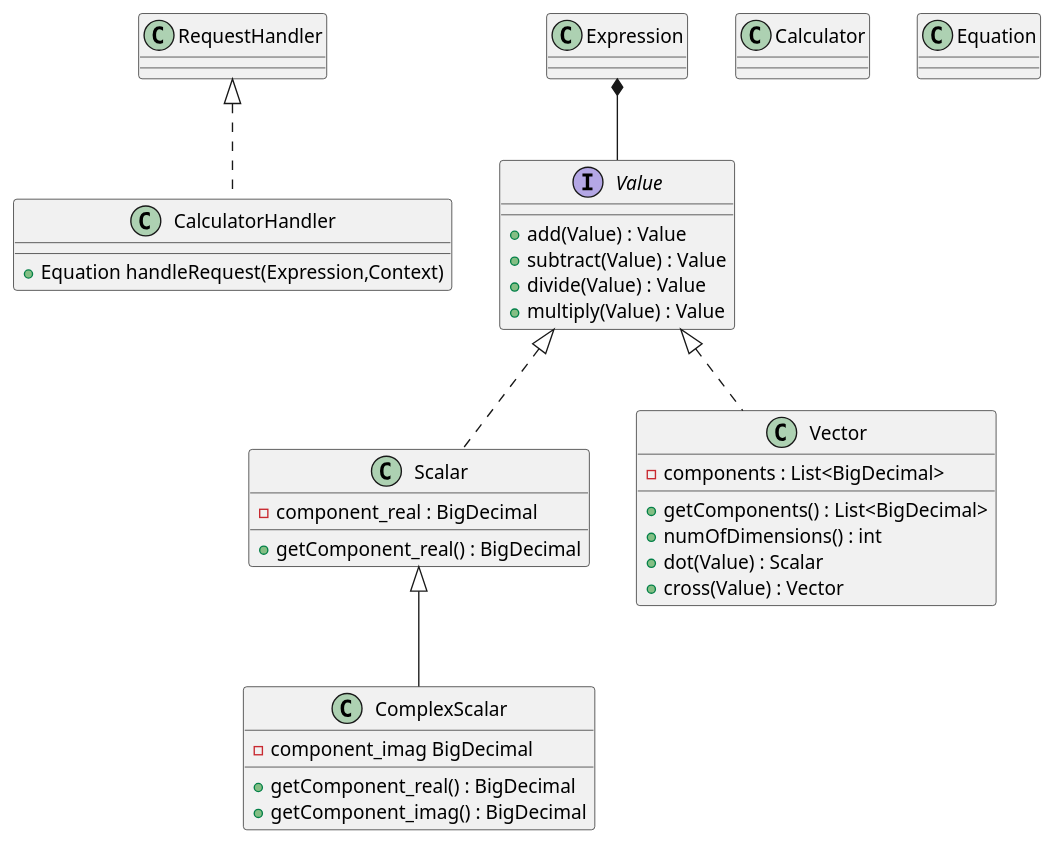
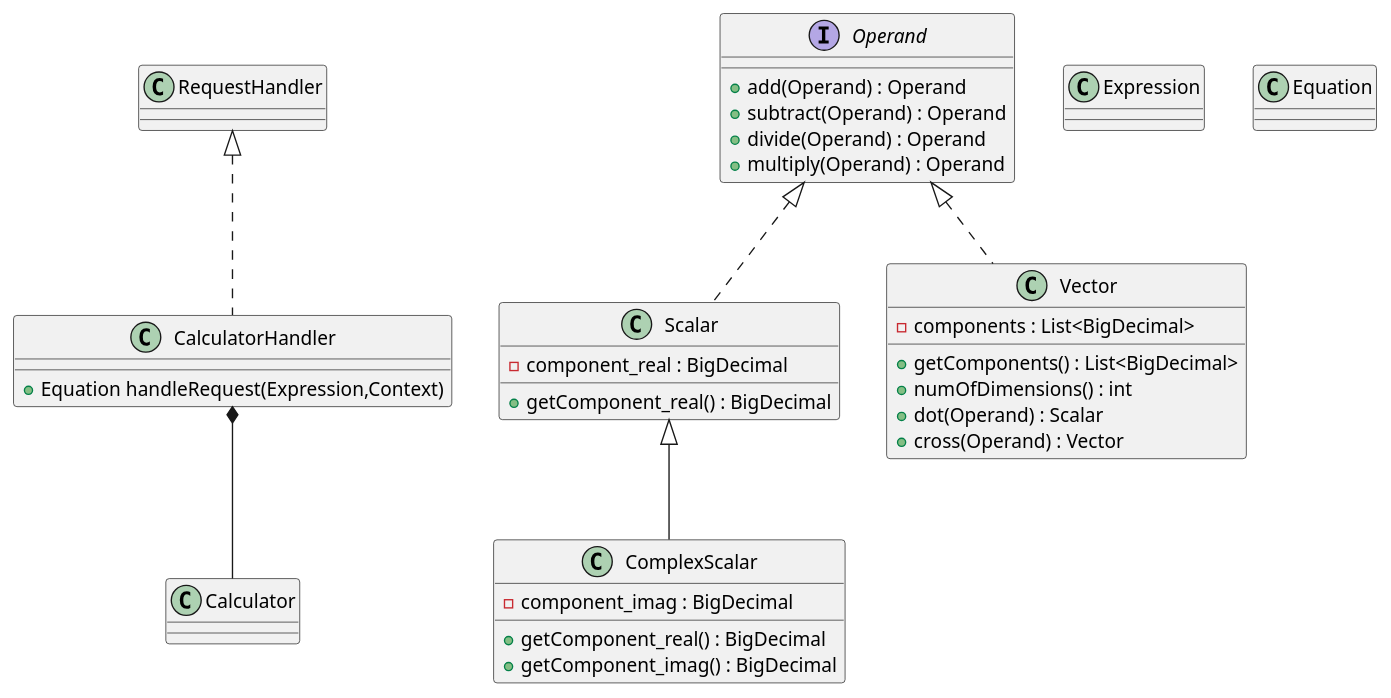
The diagram in AWSLambda/CalculatorII/concept.puml (willkim76/portfolio), drawn with PlantUML before and after one commit. The commit also changed 32 other files, not shown here.

Commit message:
Renamed Value Interface to Operand. Updated Unit Tests.

```diff
--- a/AWSLambda/CalculatorII/concept.puml
+++ b/AWSLambda/CalculatorII/concept.puml
@@ -1,42 +1,41 @@
 @startuml
 class CalculatorHandler {
 + Equation handleRequest(Expression,Context)
 }
 class Scalar {
 - component_real : BigDecimal
 + getComponent_real() : BigDecimal
 }
-interface Value {
-+ add(Value) : Value
-+ subtract(Value) : Value
-+ divide(Value) : Value
-+ multiply(Value) : Value
+interface Operand {
++ add(Operand) : Operand
++ subtract(Operand) : Operand
++ divide(Operand) : Operand
++ multiply(Operand) : Operand
 
 }
 class Vector {
 - components : List<BigDecimal>
 + getComponents() : List<BigDecimal>
 + numOfDimensions() : int
-+ dot(Value) : Scalar
-+ cross(Value) : Vector
++ dot(Operand) : Scalar
++ cross(Operand) : Vector
 }
 class Expression {
 }
 class ComplexScalar {
-- component_imag BigDecimal
+- component_imag : BigDecimal
 + getComponent_real() : BigDecimal
 + getComponent_imag() : BigDecimal
 }
 class Calculator {
 }
 class Equation {
 }
 
-
 RequestHandler <|.. CalculatorHandler
-Value <|.. Scalar
-Value <|.. Vector
+Operand <|.. Scalar
+Operand <|.. Vector
 Scalar <|-- ComplexScalar
 
-Expression *-- Value
+CalculatorHandler *-- Calculator
 @enduml
```
